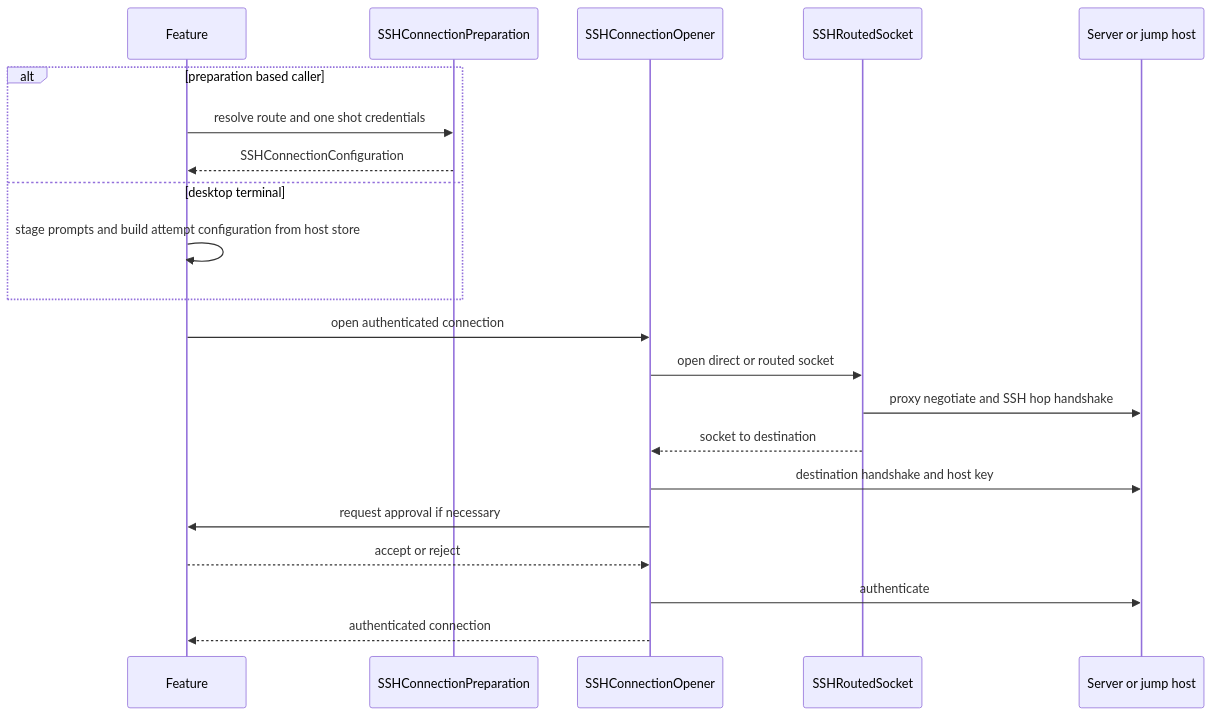
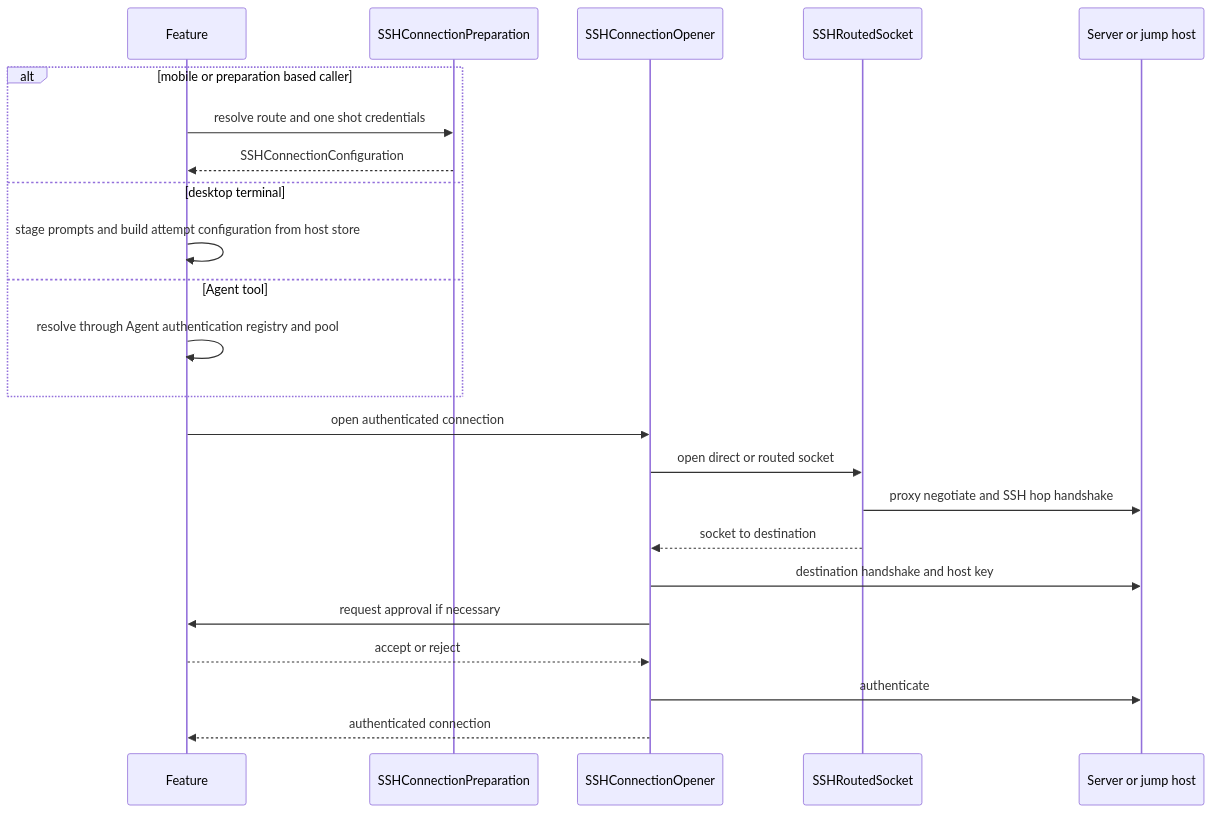
One commit to AkinoKaede/Termind changed the first of 6 diagrams in openwiki/workflows/ssh-session-lifecycle.md. Above: the diagram before and after it, drawn with Mermaid. The commit also changed other lines of this file and 56 other files, not shown here.

````diff
--- a/openwiki/workflows/ssh-session-lifecycle.md
+++ b/openwiki/workflows/ssh-session-lifecycle.md
@@ -97,23 +97,25 @@
 ```mermaid
 sequenceDiagram
     participant Feature
     participant Prepare as SSHConnectionPreparation
     participant Opener as SSHConnectionOpener
     participant Route as SSHRoutedSocket
     participant Remote as Server or jump host
-    alt preparation based caller
+    alt mobile or preparation based caller
         Feature->>Prepare: resolve route and one shot credentials
         Prepare-->>Feature: SSHConnectionConfiguration
     else desktop terminal
         Feature->>Feature: stage prompts and build attempt configuration from host store
+    else Agent tool
+        Feature->>Feature: resolve through Agent authentication registry and pool
     end
     Feature->>Opener: open authenticated connection
     Opener->>Route: open direct or routed socket
     Route->>Remote: proxy negotiate and SSH hop handshake
     Route-->>Opener: socket to destination
     Opener->>Remote: destination handshake and host key
     Opener->>Feature: request approval if necessary
     Feature-->>Opener: accept or reject
     Opener->>Remote: authenticate
     Opener-->>Feature: authenticated connection
 ```
````
